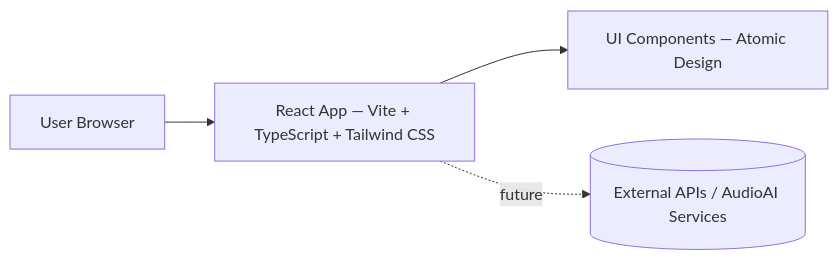
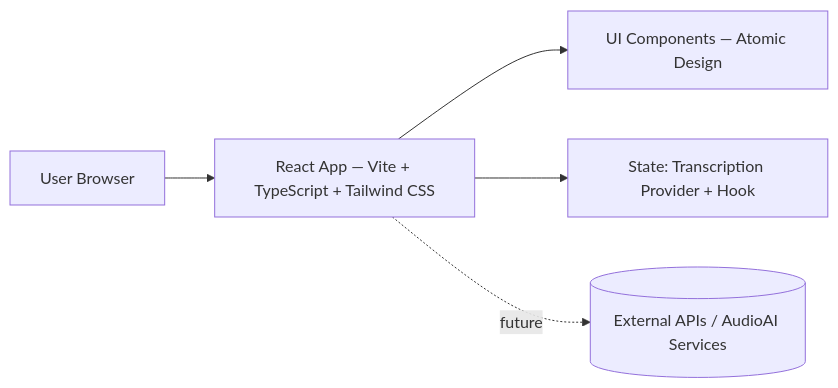
One commit to vijayvir/AudioAiUI changed the first of 4 diagrams in README.md. Above: the diagram before and after it, drawn with Mermaid. The commit also changed other lines of this file and 19 other files, not shown here.

````diff
--- a/README.md
+++ b/README.md
@@ -37,6 +42,7 @@
 ```mermaid
 flowchart LR
   A[User Browser] --> B[React App — Vite + TypeScript + Tailwind CSS]
   B --> C[UI Components — Atomic Design]
+  B --> E[State: Transcription Provider + Hook]
   B -. "future" .-> D[(External APIs / AudioAI Services)]
 ```
````
